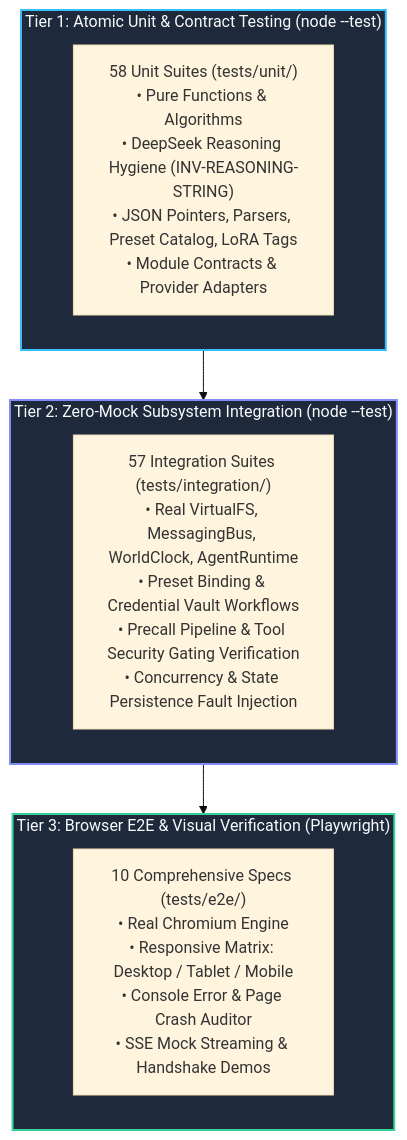
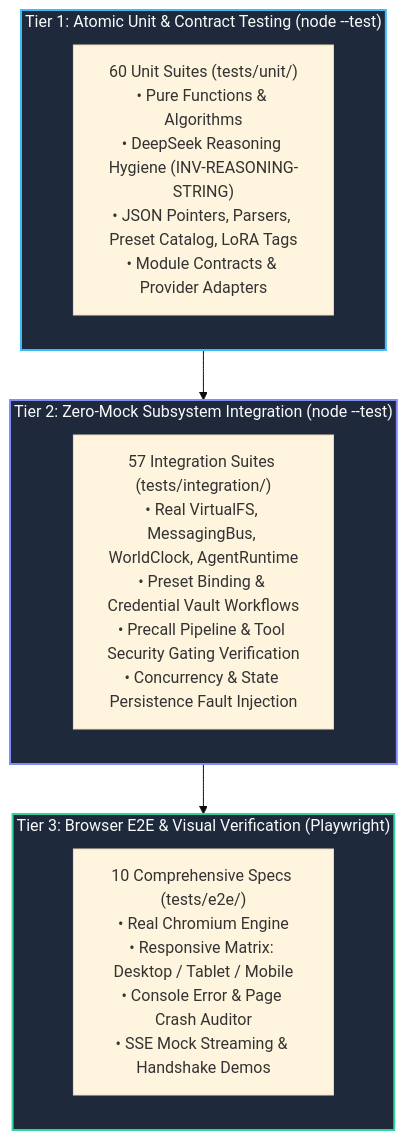
Before and after one commit to crestfallnafterdark/nightcurtain: the first of 3 diagrams in docs/testing/testing_strategy.md, drawn with Mermaid (base theme). The commit also changed other lines of this file and 4 other files, not shown here.

````diff
--- a/docs/testing/testing_strategy.md
+++ b/docs/testing/testing_strategy.md
@@ -15,24 +15,24 @@
 ```mermaid
 graph TD
     subgraph L3["Tier 3: Browser E2E & Visual Verification (Playwright)"]
         E2E["10 Comprehensive Specs (tests/e2e/)<br/>• Real Chromium Engine<br/>• Responsive Matrix: Desktop / Tablet / Mobile<br/>• Console Error & Page Crash Auditor<br/>• SSE Mock Streaming & Handshake Demos"]
     end
 
     subgraph L2["Tier 2: Zero-Mock Subsystem Integration (node --test)"]
         INT["57 Integration Suites (tests/integration/)<br/>• Real VirtualFS, MessagingBus, WorldClock, AgentRuntime<br/>• Preset Binding & Credential Vault Workflows<br/>• Precall Pipeline & Tool Security Gating Verification<br/>• Concurrency & State Persistence Fault Injection"]
     end
 
     subgraph L1["Tier 1: Atomic Unit & Contract Testing (node --test)"]
-        UNIT["58 Unit Suites (tests/unit/)<br/>• Pure Functions & Algorithms<br/>• DeepSeek Reasoning Hygiene (INV-REASONING-STRING)<br/>• JSON Pointers, Parsers, Preset Catalog, LoRA Tags<br/>• Module Contracts & Provider Adapters"]
+        UNIT["60 Unit Suites (tests/unit/)<br/>• Pure Functions & Algorithms<br/>• DeepSeek Reasoning Hygiene (INV-REASONING-STRING)<br/>• JSON Pointers, Parsers, Preset Catalog, LoRA Tags<br/>• Module Contracts & Provider Adapters"]
     end
 
     L1 --> L2
     L2 --> L3
 
     classDef l1 fill:#1e293b,stroke:#38bdf8,stroke-width:2px,color:#f8fafc;
     classDef l2 fill:#1e293b,stroke:#818cf8,stroke-width:2px,color:#f8fafc;
     classDef l3 fill:#1e293b,stroke:#34d399,stroke-width:2px,color:#f8fafc;
     class L1 l1;
     class L2 l2;
     class L3 l3;
 ```
````
